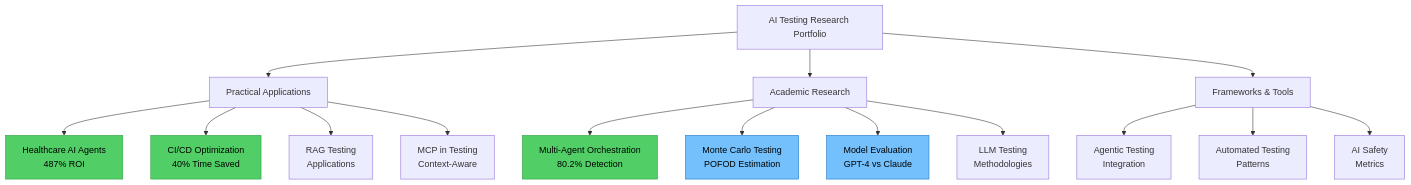
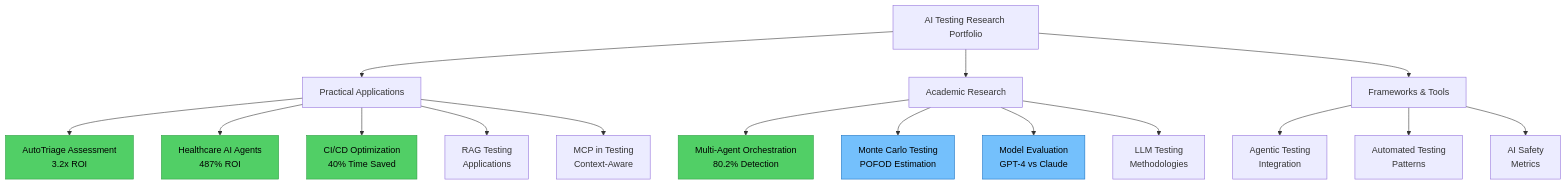
One commit to priyasanna/priyasol.github.io changed the diagram in README.md. Above: the diagram before and after it, drawn with Mermaid. The commit also changed other lines of this file and 1 other file, not shown here.

First line of the commit message:
feat: Add AutoTriage to README and research index - now 12 notebooks total

````diff
--- a/README.md
+++ b/README.md
@@ -29,28 +29,30 @@
 ```mermaid
 graph TB
     Research[AI Testing Research Portfolio]
     
     Research --> Practical[Practical Applications]
     Research --> Academic[Academic Research]
     Research --> Tools[Frameworks & Tools]
     
+    Practical --> AutoTriage[AutoTriage Assessment<br/>3.2x ROI]
     Practical --> Healthcare[Healthcare AI Agents<br/>487% ROI]
     Practical --> CICD[CI/CD Optimization<br/>40% Time Saved]
     Practical --> RAG[RAG Testing<br/>Applications]
     Practical --> MCP[MCP in Testing<br/>Context-Aware]
     
     Academic --> MultiAgent[Multi-Agent Orchestration<br/>80.2% Detection]
     Academic --> MonteCarlo[Monte Carlo Testing<br/>POFOD Estimation]
     Academic --> Evaluation[Model Evaluation<br/>GPT-4 vs Claude]
     Academic --> LLMTest[LLM Testing<br/>Methodologies]
     
     Tools --> Agentic[Agentic Testing<br/>Integration]
     Tools --> Patterns[Automated Testing<br/>Patterns]
     Tools --> Safety[AI Safety<br/>Metrics]
     
+    style AutoTriage fill:#51cf66,stroke:#2f9e44,color:#000
     style Healthcare fill:#51cf66,stroke:#2f9e44,color:#000
     style CICD fill:#51cf66,stroke:#2f9e44,color:#000
     style MultiAgent fill:#51cf66,stroke:#2f9e44,color:#000
     style MonteCarlo fill:#74c0fc,stroke:#1971c2,color:#000
     style Evaluation fill:#74c0fc,stroke:#1971c2,color:#000
 ```
````
